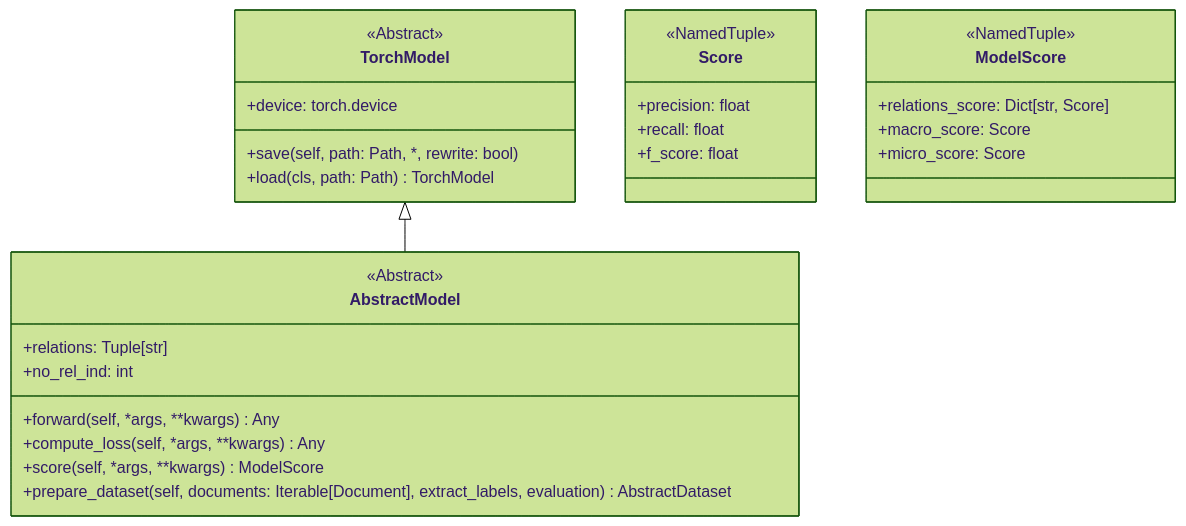
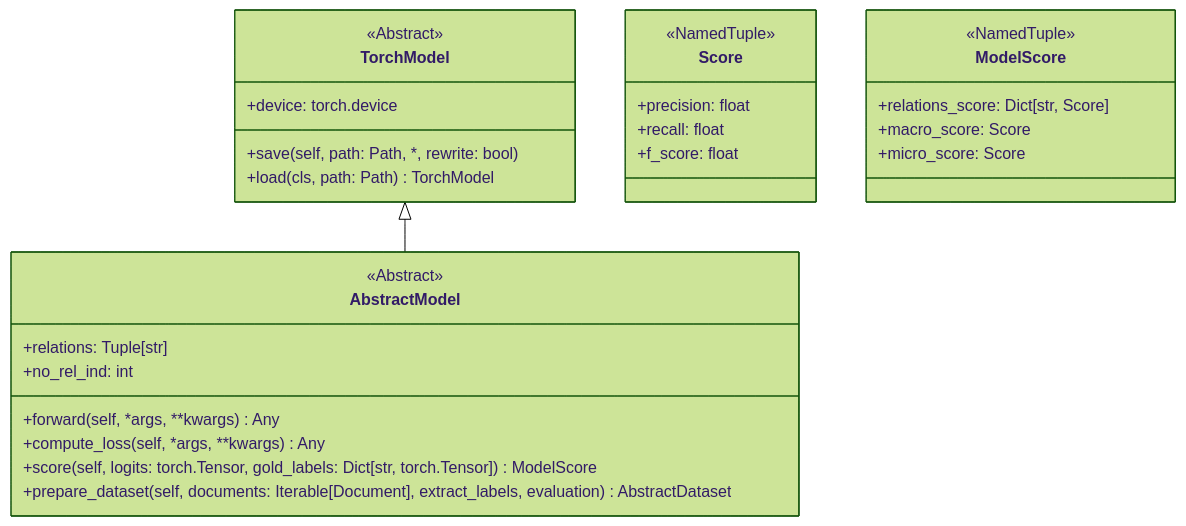
The fourth of 4 diagrams in README.md (phos-phophy/creed), drawn with Mermaid (forest theme) before and after one commit. The commit also changed other lines of this file and 1 other file, not shown here.

````diff
--- a/README.md
+++ b/README.md
@@ -152,37 +154,37 @@
 ```mermaid
 classDiagram
 direction TB
 
    class TorchModel{
       <<Abstract>>
       +device: torch.device
       +save(self, path: Path, *, rewrite: bool)
       +load(cls, path: Path) TorchModel
    }
    TorchModel <|-- AbstractModel
    
    class AbstractModel{
       <<Abstract>>
       +relations: Tuple[str]
       +no_rel_ind: int
       +forward(self, *args, **kwargs) Any
       +compute_loss(self, *args, **kwargs) Any
-      +score(self, *args, **kwargs) ModelScore
+      +score(self, logits: torch.Tensor, gold_labels: Dict[str, torch.Tensor]) ModelScore
       +prepare_dataset(self, documents: Iterable[Document], extract_labels, evaluation)  AbstractDataset
    }
    
    class Score{
       <<NamedTuple>>
       +precision: float
       +recall: float
       +f_score: float
    }
    
    class ModelScore{
       <<NamedTuple>>
       +relations_score: Dict[str, Score]
       +macro_score: Score
       +micro_score: Score
    }
    
 ```
````
